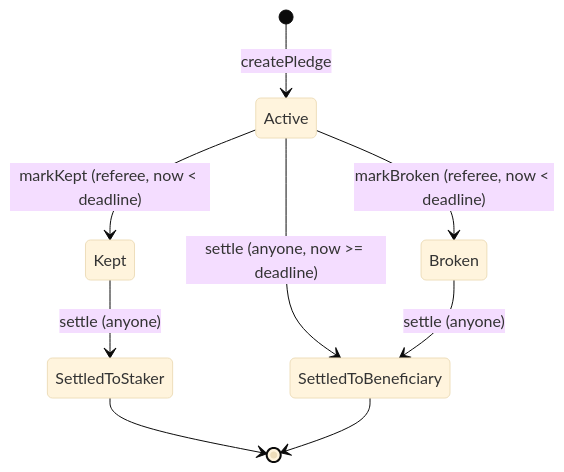
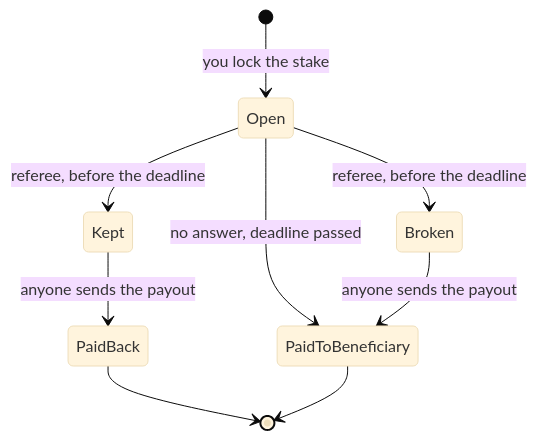
The diagram in README.md (Vasqq/satstake), drawn with Mermaid (base theme) before and after one commit. The commit also changed other lines of this file and 3 other files, not shown here.

````diff
--- a/README.md
+++ b/README.md
@@ -27,11 +82,11 @@
 ```mermaid
 stateDiagram-v2
-    [*] --> Active: createPledge
-    Active --> Kept: markKept (referee, now < deadline)
-    Active --> Broken: markBroken (referee, now < deadline)
-    Active --> SettledToBeneficiary: settle (anyone, now >= deadline)
-    Kept --> SettledToStaker: settle (anyone)
-    Broken --> SettledToBeneficiary: settle (anyone)
-    SettledToStaker --> [*]
-    SettledToBeneficiary --> [*]
+    [*] --> Open: you lock the stake
+    Open --> Kept: referee, before the deadline
+    Open --> Broken: referee, before the deadline
+    Open --> PaidToBeneficiary: no answer, deadline passed
+    Kept --> PaidBack: anyone sends the payout
+    Broken --> PaidToBeneficiary: anyone sends the payout
+    PaidBack --> [*]
+    PaidToBeneficiary --> [*]
 ```
````
